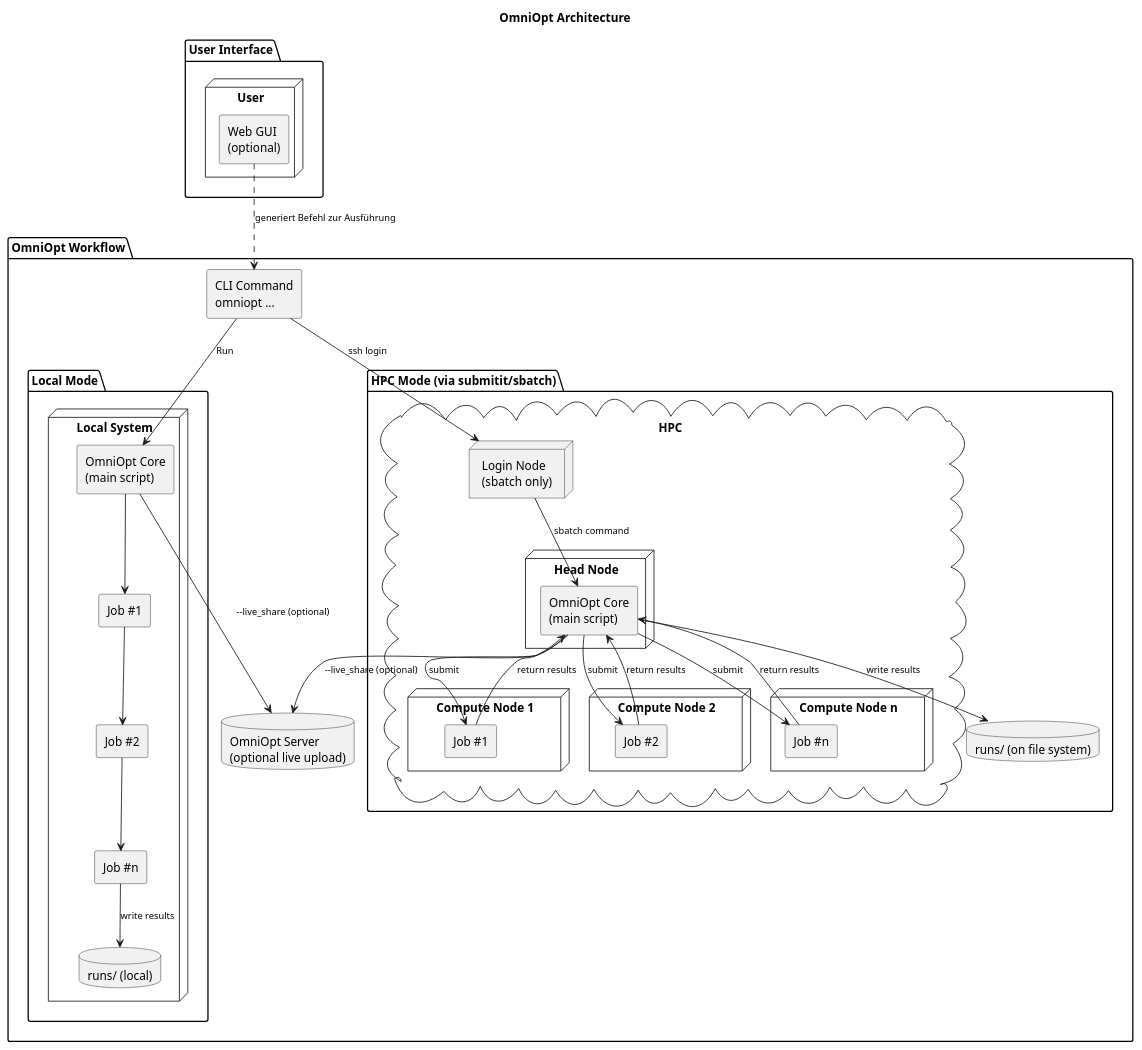
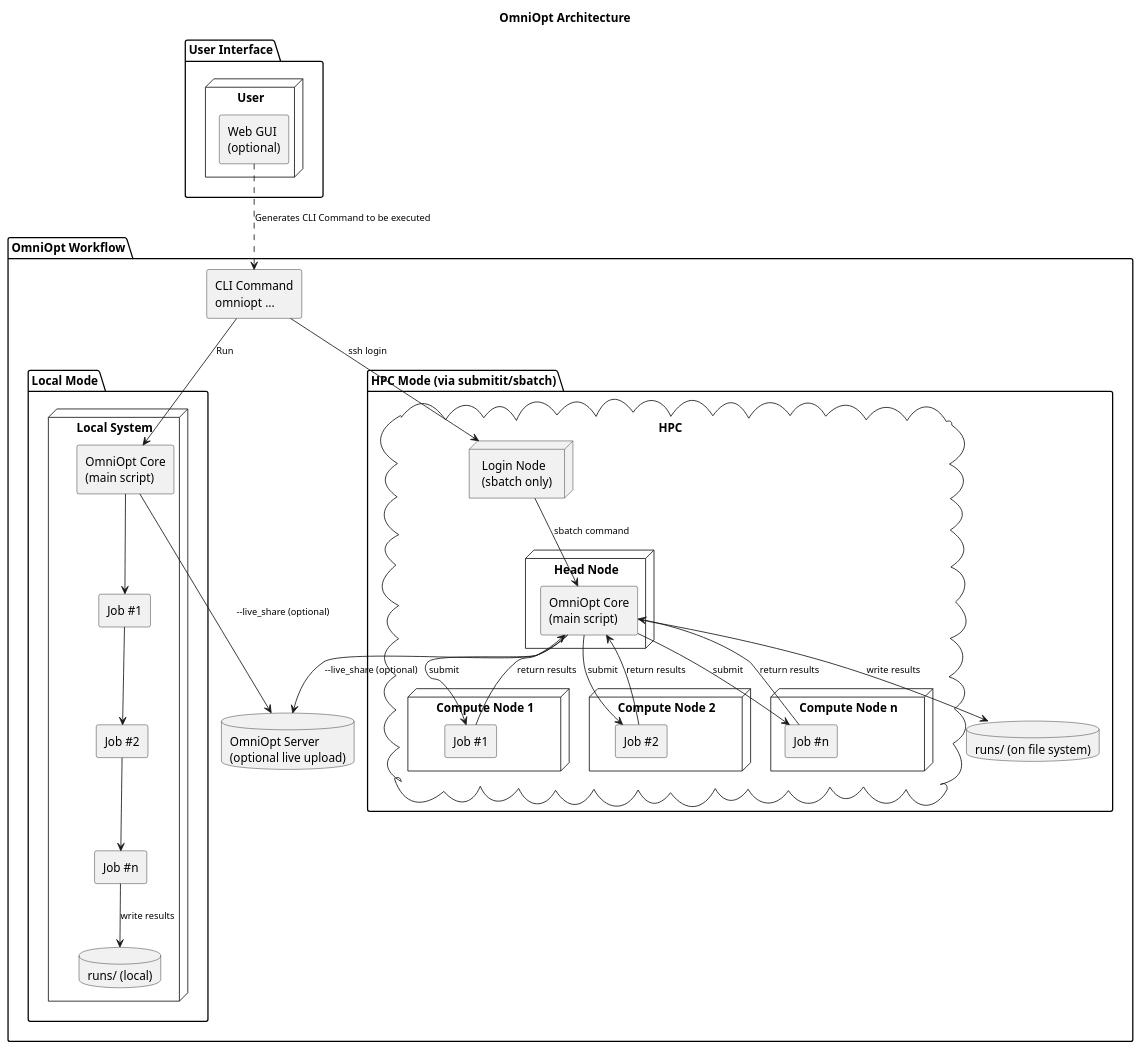
One commit to NormanTUD/OmniOpt changed the diagram in .gui/documentation/architektur.puml. Above: the diagram before and after it, drawn with PlantUML.

```diff
--- a/.gui/documentation/architektur.puml
+++ b/.gui/documentation/architektur.puml
@@ -1,80 +1,80 @@
 @startuml
 skinparam componentStyle rectangle
 skinparam defaultFontName Monospace
 skinparam ArrowFontSize 11
 
 title OmniOpt Architecture
 
 package "User Interface" {
   node "User" {
     component "Web GUI\n(optional)" as GUI
   }
 }
 
 package "OmniOpt Workflow" {
 
   component "CLI Command\nomniopt ..." as CLI
 
-  GUI ..> CLI : generiert Befehl zur Ausführung
+  GUI ..> CLI : Generates CLI Command to be executed
 
   database "OmniOpt Server\n(optional live upload)" as OmniOptServer
 
   package "Local Mode" {
     node "Local System" {
       component "OmniOpt Core\n(main script)" as LocalCore
       component "Job #1" as LocalJobs1
       component "Job #2" as LocalJobs2
       component "Job #n" as LocalJobs3
       database "runs/ (local)" as LocalRuns
     }
 
     CLI --> LocalCore : Run
     LocalCore --> LocalJobs1
     LocalJobs1 --> LocalJobs2
     LocalJobs2 --> LocalJobs3
     LocalJobs3 --> LocalRuns : write results
     LocalCore --> OmniOptServer : --live_share (optional)
   }
 
   package "HPC Mode (via submitit/sbatch)" {
 
     cloud "HPC" {
 
       node "Login Node\n(sbatch only)" as LoginNode
 
       node "Head Node" {
         component "OmniOpt Core\n(main script)" as HPCMaster
       }
 
       node "Compute Node 1" {
         component "Job #1" as Job1
       }
 
       node "Compute Node 2" {
         component "Job #2" as Job2
       }
 
       node "Compute Node n" {
         component "Job #n" as Job3
       }
     }
 
     database "runs/ (on file system)" as HPCRuns
 
     CLI --> LoginNode : ssh login
     LoginNode --> HPCMaster : sbatch command
 
     HPCMaster --> Job1 : submit
     HPCMaster --> Job2 : submit
     HPCMaster --> Job3 : submit
 
     Job1 -down-> HPCMaster : return results
     Job2 -down-> HPCMaster : return results
     Job3 -down-> HPCMaster : return results
 
     HPCMaster --> HPCRuns : write results
     HPCMaster --> OmniOptServer : --live_share (optional)
   }
 }
 
 @enduml
```
